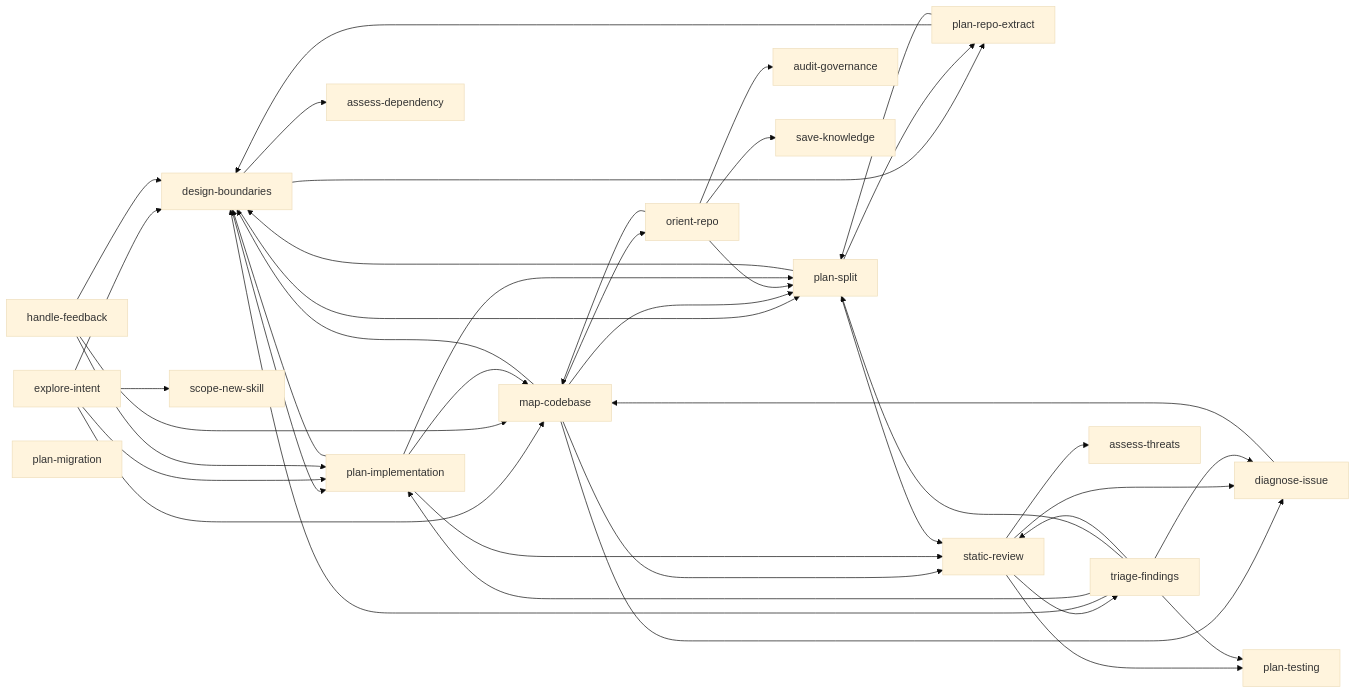
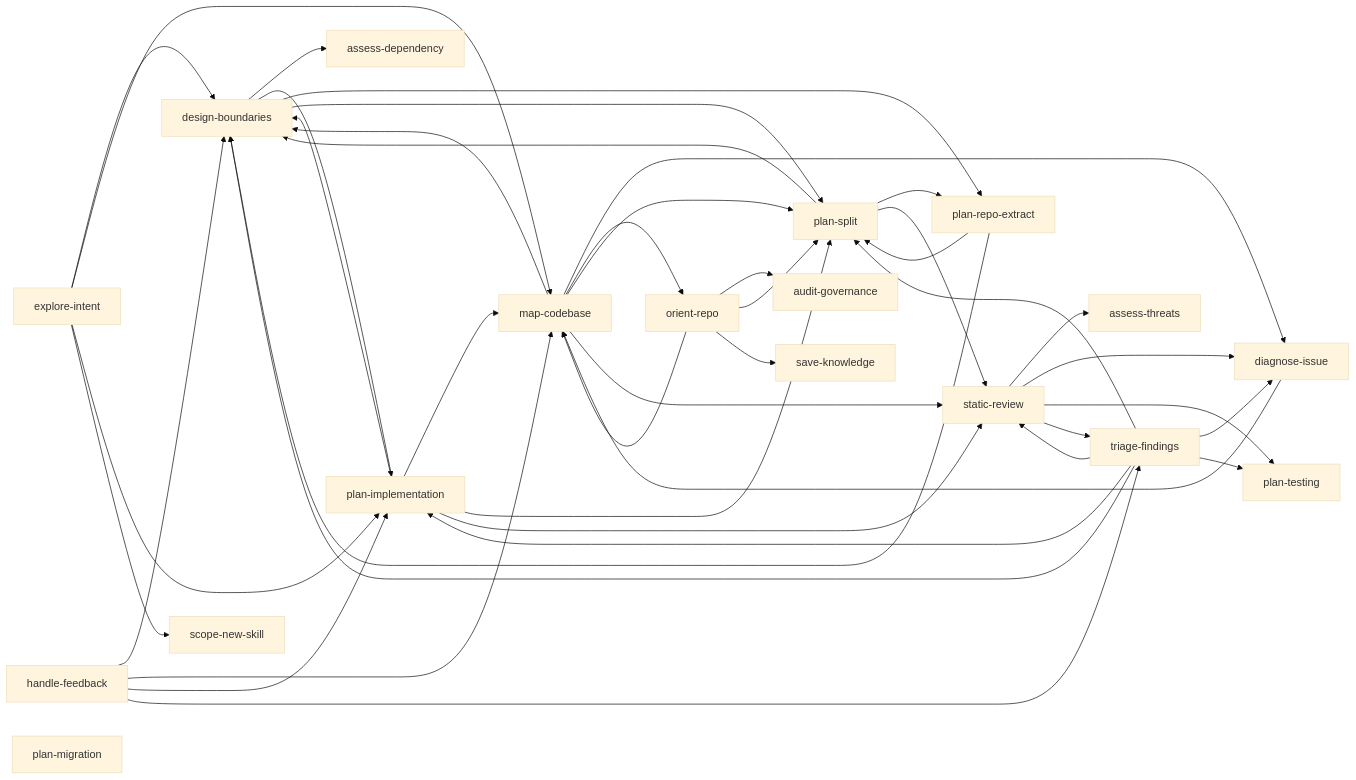
Before and after one commit to tacticaldoll/fornax: the first of 4 diagrams in README.md, drawn with Mermaid (base theme). The commit also changed 1 other file, not shown here.

Commit message:
fix(skill/handle-feedback): route review records to triage

````diff
--- a/README.md
+++ b/README.md
@@ -85,56 +85,57 @@
 ```mermaid
 flowchart LR
     design-boundaries
     diagnose-issue
     explore-intent
     handle-feedback
     map-codebase
     orient-repo
     plan-implementation
     plan-migration
     plan-repo-extract
     plan-split
     plan-testing
     static-review
     triage-findings
     design-boundaries --> assess-dependency
     design-boundaries --> plan-implementation
     design-boundaries --> plan-repo-extract
     design-boundaries --> plan-split
     diagnose-issue --> map-codebase
     explore-intent --> design-boundaries
     explore-intent --> map-codebase
     explore-intent --> plan-implementation
     explore-intent --> scope-new-skill
     handle-feedback --> design-boundaries
     handle-feedback --> map-codebase
     handle-feedback --> plan-implementation
+    handle-feedback --> triage-findings
     map-codebase --> design-boundaries
     map-codebase --> diagnose-issue
     map-codebase --> orient-repo
     map-codebase --> plan-split
     map-codebase --> static-review
     orient-repo --> audit-governance
     orient-repo --> map-codebase
     orient-repo --> plan-split
     orient-repo --> save-knowledge
     plan-implementation --> design-boundaries
     plan-implementation --> map-codebase
     plan-implementation --> plan-split
     plan-implementation --> static-review
     plan-repo-extract --> design-boundaries
     plan-repo-extract --> plan-split
     plan-split --> design-boundaries
     plan-split --> plan-repo-extract
     plan-split --> static-review
     static-review --> assess-threats
     static-review --> diagnose-issue
     static-review --> plan-testing
     static-review --> triage-findings
     triage-findings --> design-boundaries
     triage-findings --> diagnose-issue
     triage-findings --> plan-implementation
     triage-findings --> plan-split
     triage-findings --> plan-testing
     triage-findings --> static-review
 ```
````
